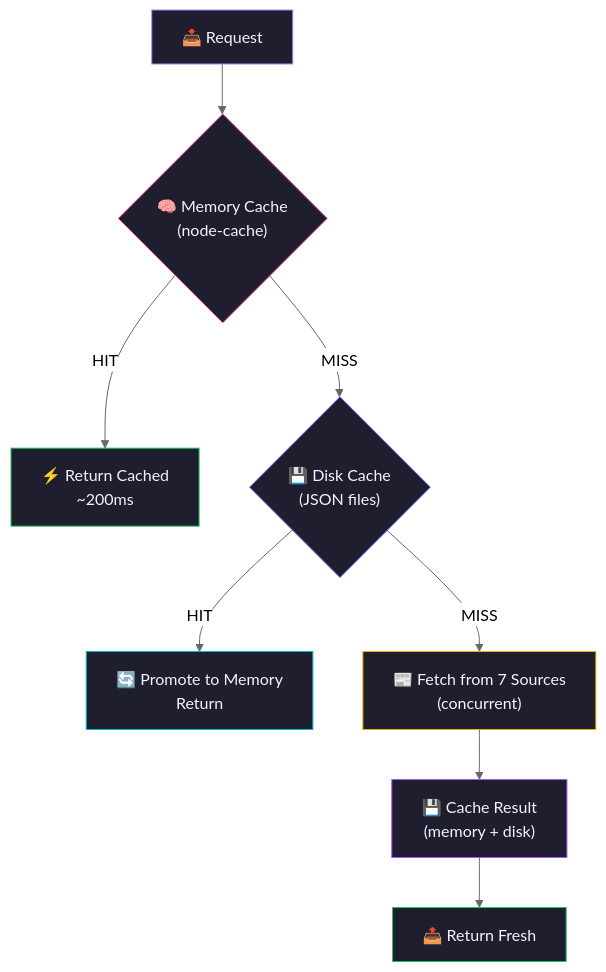
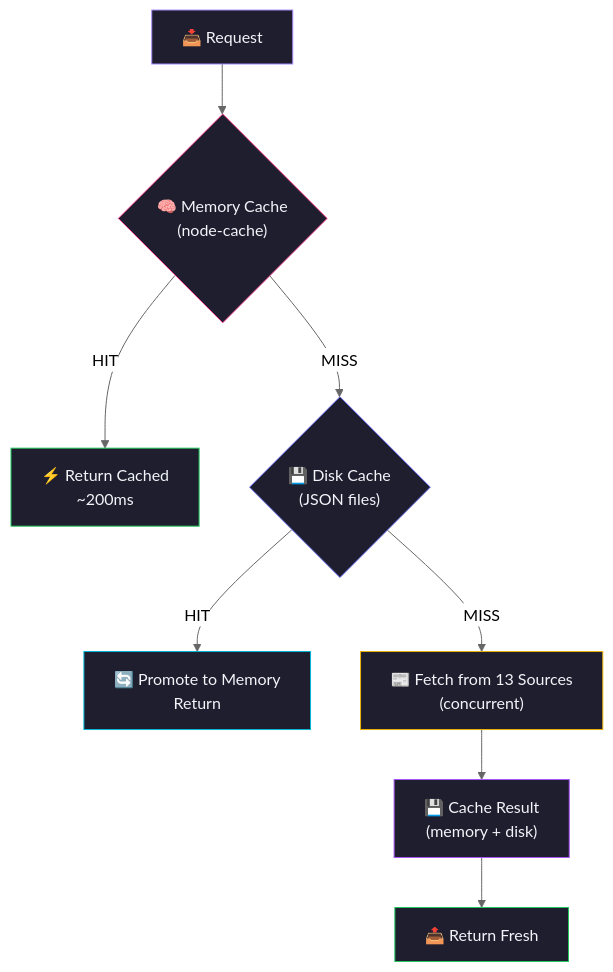
The second of 2 diagrams in README.md (Alvaro-Ferraz/kizuna-news-provider), drawn with Mermaid (neutral theme) before and after one commit. The commit also changed other lines of this file and 10 other files, not shown here.

````diff
--- a/README.md
+++ b/README.md
@@ -270,19 +282,19 @@
 ```mermaid
 flowchart TD
     A["📥 Request"] --> B{"🧠 Memory Cache<br/>(node-cache)"}
     B -- HIT --> C["⚡ Return Cached<br/>~200ms"]
     B -- MISS --> D{"💾 Disk Cache<br/>(JSON files)"}
     D -- HIT --> E["🔄 Promote to Memory<br/>Return"]
-    D -- MISS --> F["📰 Fetch from 7 Sources<br/>(concurrent)"]
+    D -- MISS --> F["📰 Fetch from 13 Sources<br/>(concurrent)"]
     F --> G["💾 Cache Result<br/>(memory + disk)"]
     G --> H["📤 Return Fresh"]
 
     style A fill:#1e1e2e,stroke:#a78bfa,color:#f1f5f9
     style B fill:#1e1e2e,stroke:#f43f8e,color:#f1f5f9
     style C fill:#1e1e2e,stroke:#22c55e,color:#f1f5f9
     style D fill:#1e1e2e,stroke:#6366f1,color:#f1f5f9
     style E fill:#1e1e2e,stroke:#06b6d4,color:#f1f5f9
     style F fill:#1e1e2e,stroke:#eab308,color:#f1f5f9
     style G fill:#1e1e2e,stroke:#a855f7,color:#f1f5f9
     style H fill:#1e1e2e,stroke:#22c55e,color:#f1f5f9
 ```
````
